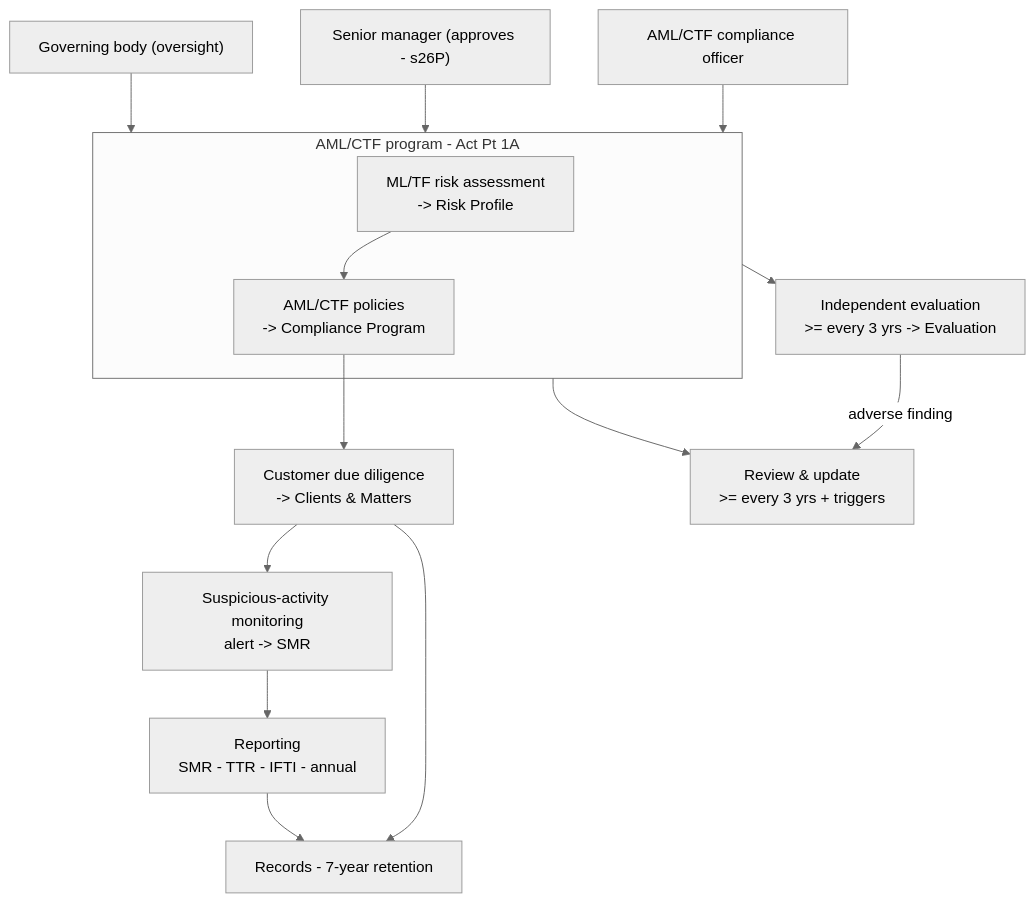
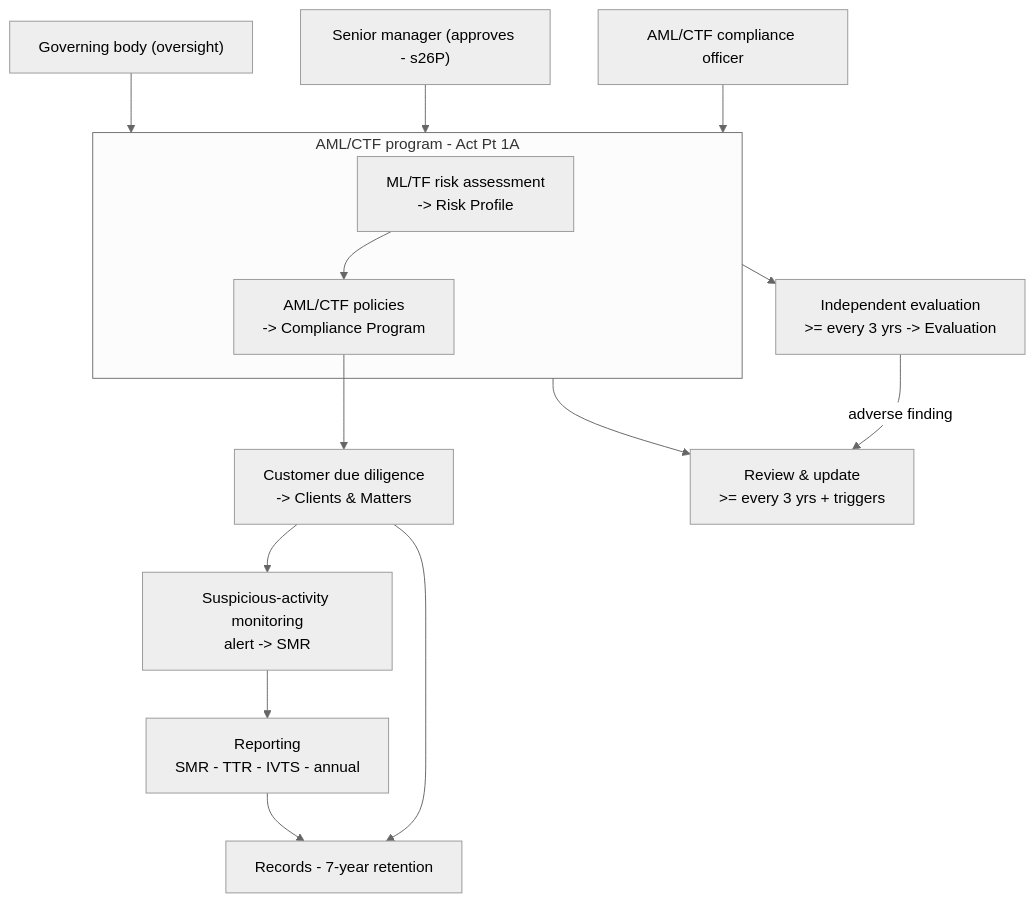
Before and after one commit to JohnJohnW/onus: the second of 3 diagrams in README.md, drawn with Mermaid (neutral theme). The commit also changed other lines of this file and 1 other file, not shown here.

Commit message:
docs: refresh READMEs (IVTS relabel, specs build status)
- README: relabel IFTI to IVTS in the program diagram and feature map, and
  note the IVTS/cross-border reports are gated as non-routine.
- specs/README: the per-section specs were marked "not yet built"; the
  sections are built, so the status banner and build-status table are
  corrected, and IFTI relabelled to IVTS.

````diff
--- a/README.md
+++ b/README.md
@@ -43,21 +43,21 @@
 ```mermaid
 flowchart TD
   GB["Governing body (oversight)"] --> PROG
   SM["Senior manager (approves - s26P)"] --> PROG
   CO["AML/CTF compliance officer"] --> PROG
 
   subgraph PROG["AML/CTF program - Act Pt 1A"]
     RA["ML/TF risk assessment<br/>-> Risk Profile"]
     POL["AML/CTF policies<br/>-> Compliance Program"]
     RA --> POL
   end
 
   POL --> CDD["Customer due diligence<br/>-> Clients &amp; Matters"]
   CDD --> MON["Suspicious-activity monitoring<br/>alert -> SMR"]
-  MON --> REP["Reporting<br/>SMR - TTR - IFTI - annual"]
+  MON --> REP["Reporting<br/>SMR - TTR - IVTS - annual"]
   PROG --> REV["Review &amp; update<br/>>= every 3 yrs + triggers"]
   PROG --> EVAL["Independent evaluation<br/>>= every 3 yrs -> Evaluation"]
   CDD --> REC["Records - 7-year retention"]
   REP --> REC
   EVAL -->|adverse finding| REV
 ```
````
